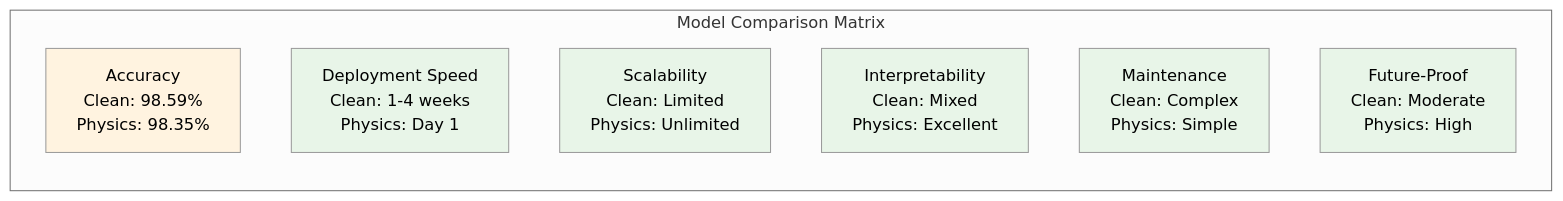
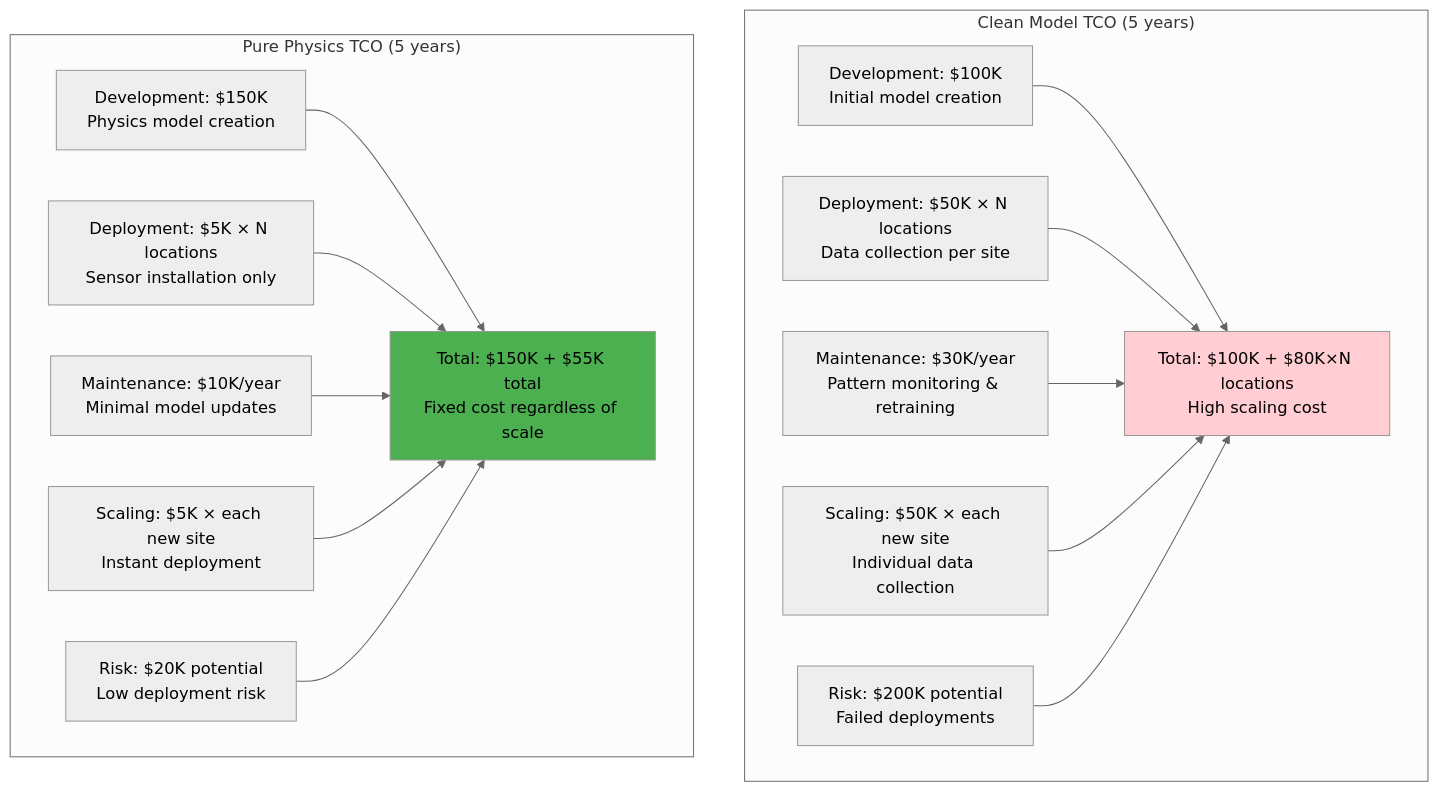
One commit to GameHelix/centipede changed the eighth of 9 diagrams in physics/analyse.md. Above: the diagram before and after it, drawn with Mermaid (neutral theme). The commit also changed other lines of this file, not shown here.

````diff
--- a/physics/analyse.md
+++ b/physics/analyse.md
@@ -308,18 +567,37 @@
 ```mermaid
-graph LR
-    subgraph "Model Comparison Matrix"
-        A["Accuracy<br/>Clean: 98.59%<br/>Physics: 98.35%"] 
-        B["Deployment Speed<br/>Clean: 1-4 weeks<br/>Physics: Day 1"]
-        C["Scalability<br/>Clean: Limited<br/>Physics: Unlimited"]
-        D["Interpretability<br/>Clean: Mixed<br/>Physics: Excellent"]
-        E["Maintenance<br/>Clean: Complex<br/>Physics: Simple"]
-        F["Future-Proof<br/>Clean: Moderate<br/>Physics: High"]
+graph TB
+    subgraph "Clean Model TCO (5 years)"
+        C1["Development: $100K<br/>Initial model creation"]
+        C2["Deployment: $50K × N locations<br/>Data collection per site"]
+        C3["Maintenance: $30K/year<br/>Pattern monitoring & retraining"]
+        C4["Scaling: $50K × each new site<br/>Individual data collection"]
+        C5["Risk: $200K potential<br/>Failed deployments"]
+        
+        C_TOTAL["Total: $100K + $80K×N locations<br/>High scaling cost"]
     end
     
-    style A fill:#fff3e0
-    style B fill:#e8f5e8
-    style C fill:#e8f5e8
-    style D fill:#e8f5e8
-    style E fill:#e8f5e8
-    style F fill:#e8f5e8
+    subgraph "Pure Physics TCO (5 years)"
+        P1["Development: $150K<br/>Physics model creation"]
+        P2["Deployment: $5K × N locations<br/>Sensor installation only"]  
+        P3["Maintenance: $10K/year<br/>Minimal model updates"]
+        P4["Scaling: $5K × each new site<br/>Instant deployment"]
+        P5["Risk: $20K potential<br/>Low deployment risk"]
+        
+        P_TOTAL["Total: $150K + $55K total<br/>Fixed cost regardless of scale"]
+    end
+    
+    C1 --> C_TOTAL
+    C2 --> C_TOTAL
+    C3 --> C_TOTAL
+    C4 --> C_TOTAL
+    C5 --> C_TOTAL
+    
+    P1 --> P_TOTAL
+    P2 --> P_TOTAL
+    P3 --> P_TOTAL
+    P4 --> P_TOTAL
+    P5 --> P_TOTAL
+    
+    style C_TOTAL fill:#ffcdd2
+    style P_TOTAL fill:#4caf50
 ```
````
